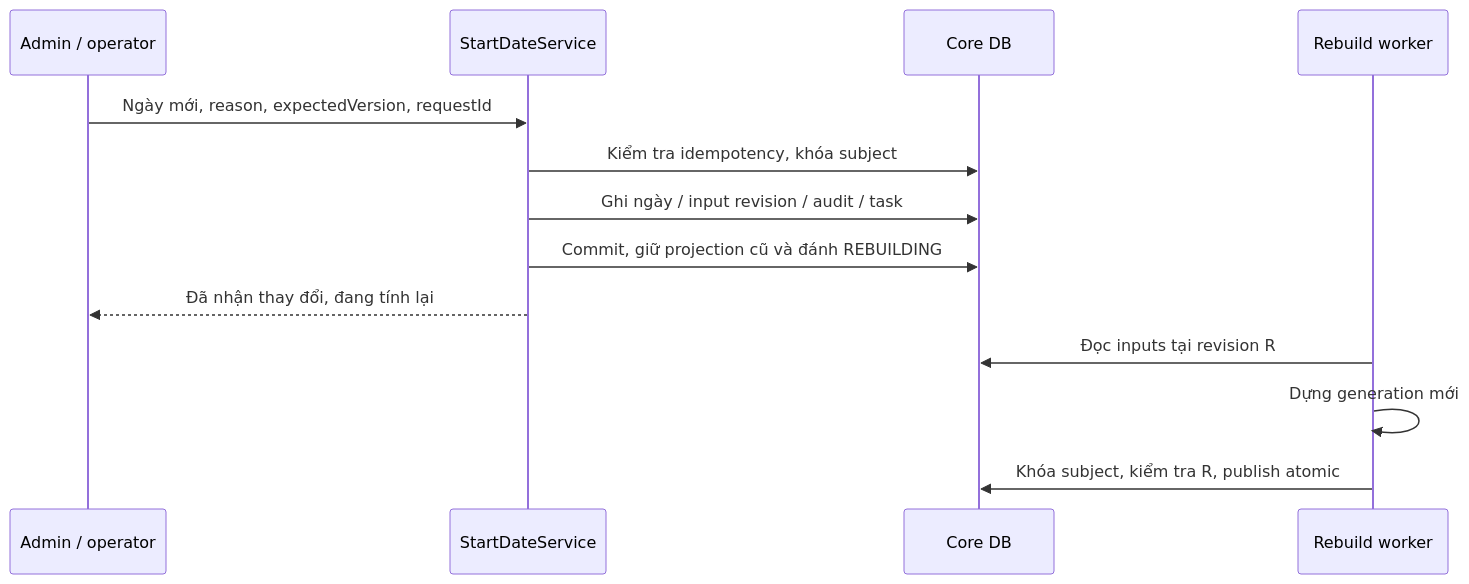
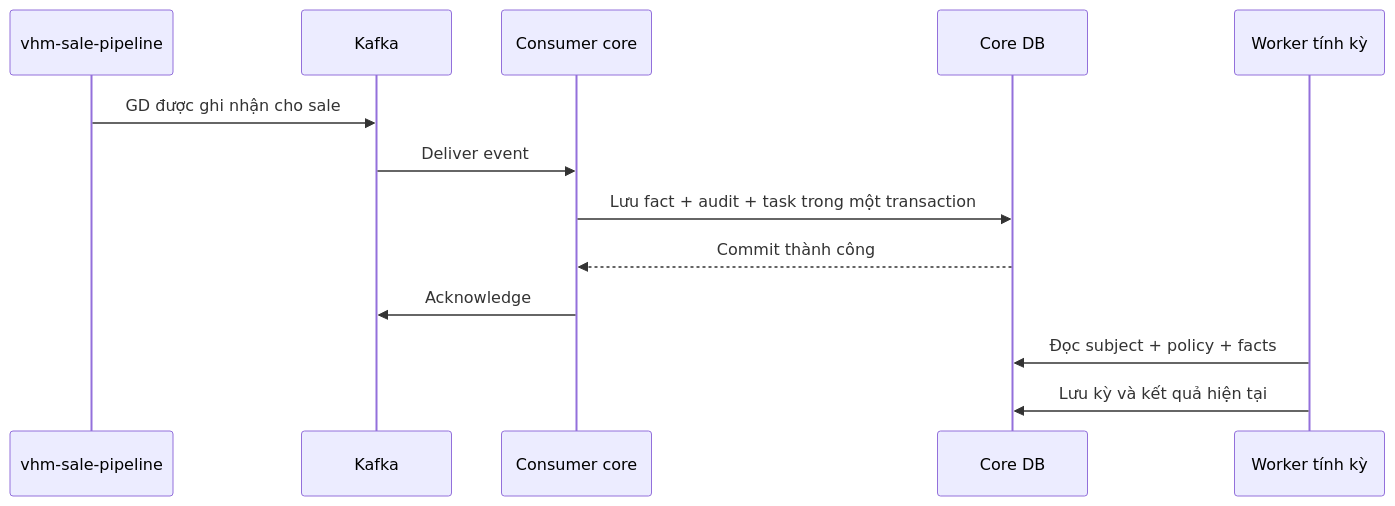
Before and after one commit to huynv-xyz/vhm: the second of 2 diagrams in BDSKD-9533-thiet-ke-ky-thuat.md, drawn with Mermaid. The commit also changed other lines of this file, not shown here.

````diff
--- a/BDSKD-9533-thiet-ke-ky-thuat.md
+++ b/BDSKD-9533-thiet-ke-ky-thuat.md
@@ -368,15 +148,15 @@
 ```mermaid
 sequenceDiagram
-  participant U as Admin / operator
-  participant A as StartDateService
+  participant P as vhm-sale-pipeline
+  participant K as Kafka
+  participant C as Consumer core
   participant D as Core DB
-  participant W as Rebuild worker
-  U->>A: Ngày mới, reason, expectedVersion, requestId
-  A->>D: Kiểm tra idempotency, khóa subject
-  A->>D: Ghi ngày / input revision / audit / task
-  A->>D: Commit, giữ projection cũ và đánh REBUILDING
-  A-->>U: Đã nhận thay đổi, đang tính lại
-  W->>D: Đọc inputs tại revision R
-  W->>W: Dựng generation mới
-  W->>D: Khóa subject, kiểm tra R, publish atomic
+  participant E as Worker tính kỳ
+  P->>K: GD được ghi nhận cho sale
+  K->>C: Deliver event
+  C->>D: Lưu fact + audit + task trong một transaction
+  D-->>C: Commit thành công
+  C->>K: Acknowledge
+  E->>D: Đọc subject + policy + facts
+  E->>D: Lưu kỳ và kết quả hiện tại
 ```
````
